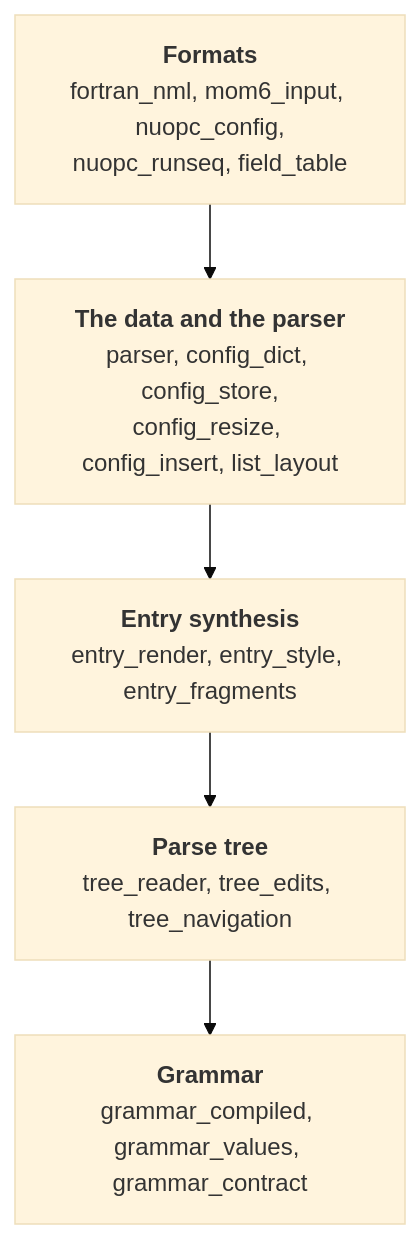
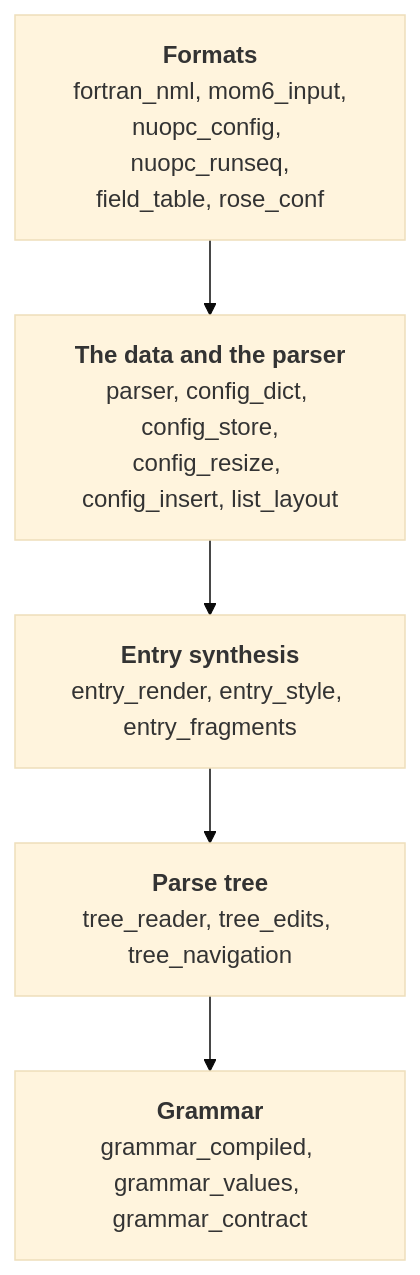
Before and after one commit to ACCESS-NRI/access-config-utils: the first of 2 diagrams in documentation/docs/pages/developer-guide/index.md, drawn with Mermaid (base theme). The commit also changed 27 other files, not shown here.

````diff
--- a/documentation/docs/pages/developer-guide/index.md
+++ b/documentation/docs/pages/developer-guide/index.md
@@ -30,9 +30,9 @@
 ```mermaid
 flowchart TD
-    formats["<b>Formats</b><br>fortran_nml, mom6_input, nuopc_config,<br>nuopc_runseq, field_table"]
+    formats["<b>Formats</b><br>fortran_nml, mom6_input,<br>nuopc_config, nuopc_runseq,<br>field_table, rose_conf"]
     data["<b>The data and the parser</b><br>parser, config_dict, config_store,<br>config_resize, config_insert, list_layout"]
     synthesis["<b>Entry synthesis</b><br>entry_render, entry_style, entry_fragments"]
     tree["<b>Parse tree</b><br>tree_reader, tree_edits, tree_navigation"]
     grammar["<b>Grammar</b><br>grammar_compiled, grammar_values, grammar_contract"]
     formats --> data --> synthesis --> tree --> grammar
 ```
````
